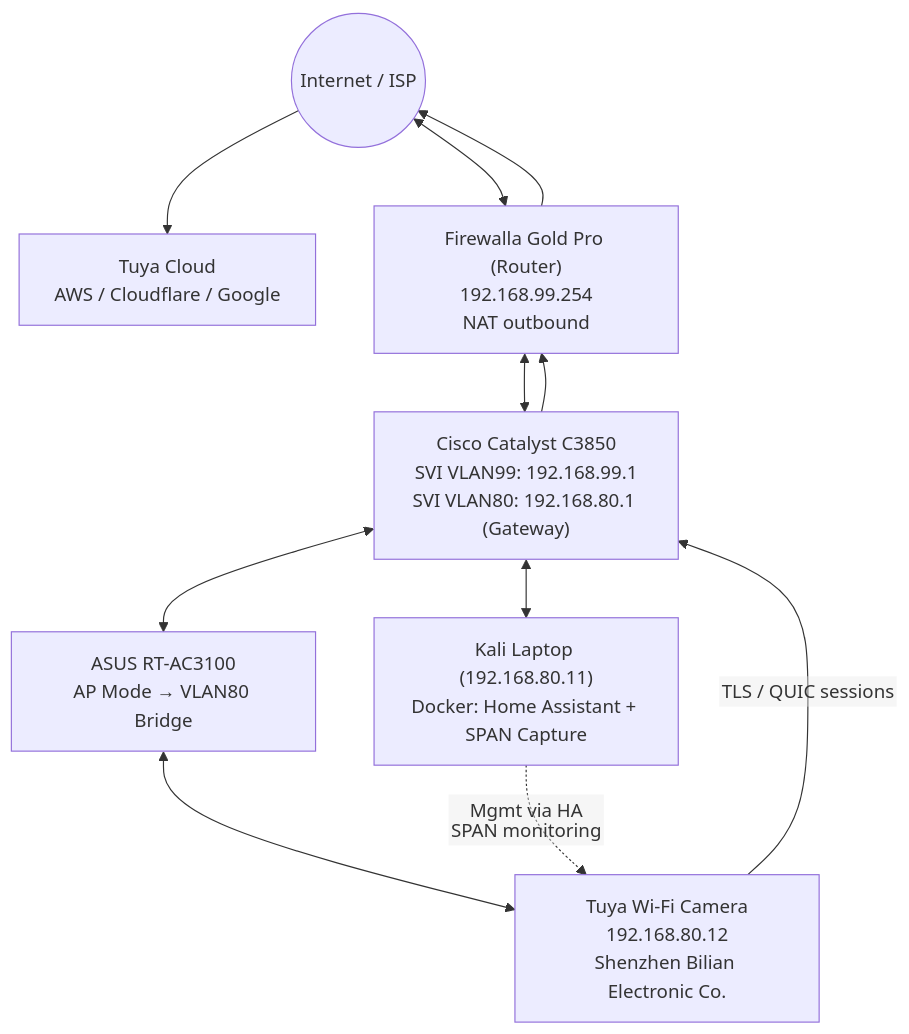
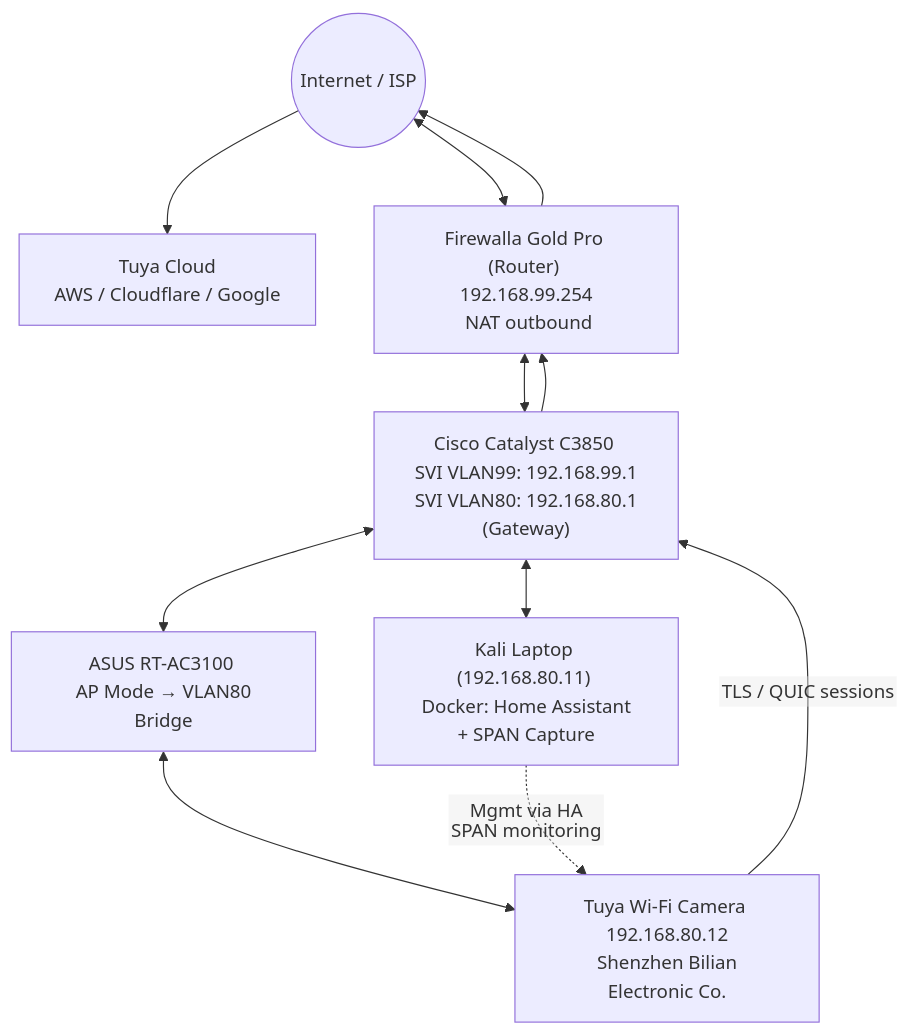
Before and after one commit to blackTieV2/ZEIT8023-S2-2025-: the diagram in Labs/IoT/LabSetup.md, drawn with Mermaid.

````diff
--- a/Labs/IoT/LabSetup.md
+++ b/Labs/IoT/LabSetup.md
@@ -4,28 +4,28 @@
 ```mermaid
 %%{init: {"flowchart": {"htmlLabels": false}}}%%
 flowchart TD
     Internet((Internet / ISP))
-    Cloud["Tuya Cloud\nAWS / Cloudflare / Google"]
-    Router["Firewalla Gold Pro (Router)\n192.168.99.254\nNAT outbound"]
-    Switch["Cisco Catalyst C3850\nSVI VLAN99: 192.168.99.1\nSVI VLAN80: 192.168.80.1 (Gateway)"]
-    AP["ASUS RT-AC3100\nAP Mode → VLAN80 Bridge"]
-    Laptop["Kali Laptop (192.168.80.11)\nDocker: Home Assistant + SPAN Capture"]
-    Camera["Tuya Wi-Fi Camera\n192.168.80.12\nShenzhen Bilian Electronic Co."]
+    Cloud["Tuya Cloud <br/> AWS / Cloudflare / Google"]
+    Router["Firewalla Gold Pro (Router) <br/> 192.168.99.254 <br/> NAT outbound"]
+    Switch["Cisco Catalyst C3850 <br/> SVI VLAN99: 192.168.99.1 <br/> SVI VLAN80: 192.168.80.1 (Gateway)"]
+    AP["ASUS RT-AC3100 <br/> AP Mode → VLAN80 Bridge"]
+    Laptop["Kali Laptop (192.168.80.11) <br/> Docker: Home Assistant + SPAN Capture"]
+    Camera["Tuya Wi-Fi Camera <br/> 192.168.80.12 <br/> Shenzhen Bilian Electronic Co."]
 
     %% Infra path
     Internet <--> Router
     Router <--> Switch
     Switch <--> AP
     Switch <--> Laptop
     AP <--> Camera
 
     %% Camera outbound flows
     Camera -->|"TLS / QUIC sessions"| Switch
     Switch --> Router
     Router --> Internet
     Internet --> Cloud
 
     %% Mgmt / SPAN path
     Laptop -.->|"Mgmt via HA\nSPAN monitoring"| Camera
 
 ```
````
